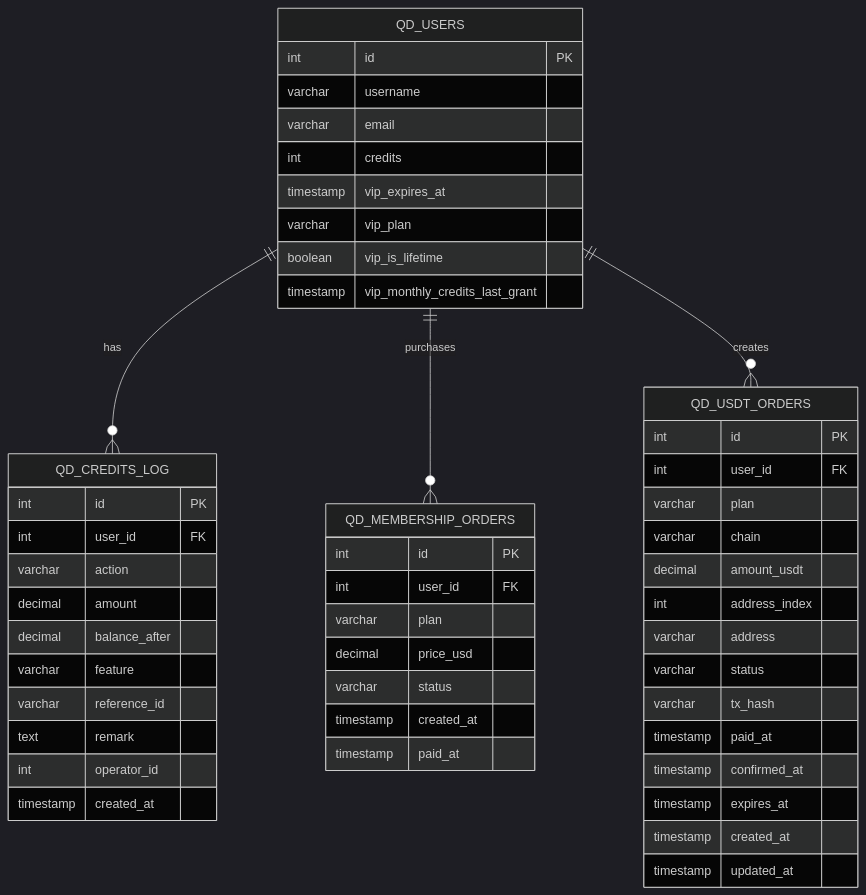
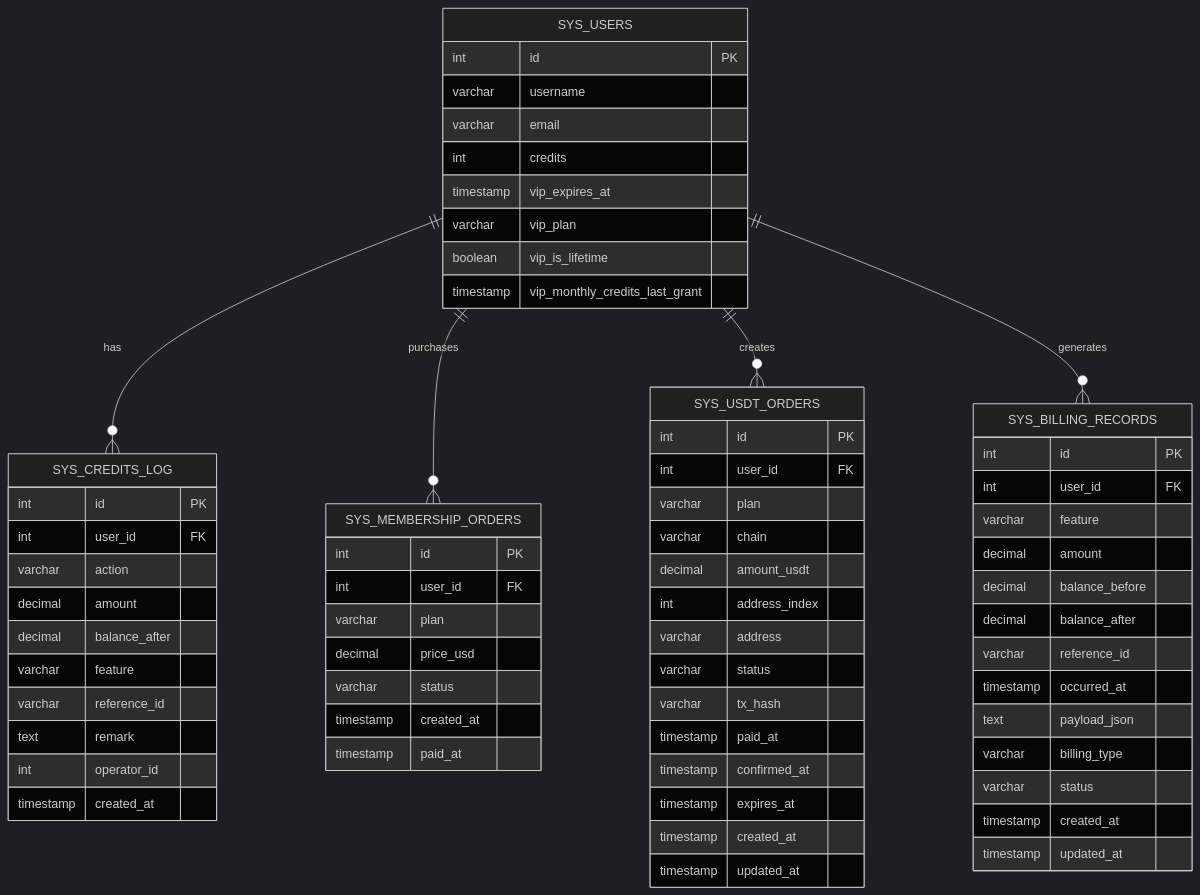
The seventh of 7 diagrams in .qoder/repowiki/zh/content/核心功能模块/用户管理与商业化/计费订阅系统.md (joezxh/QuantDinger), drawn with Mermaid (dark theme) before and after one commit. The commit also changed other lines of this file and 548 other files, not shown here.

````diff
--- a/.qoder/repowiki/zh/content/核心功能模块/用户管理与商业化/计费订阅系统.md
+++ b/.qoder/repowiki/zh/content/核心功能模块/用户管理与商业化/计费订阅系统.md
@@ -363,53 +464,69 @@
 ```mermaid
 erDiagram
-QD_USERS {
+SYS_USERS {
 int id PK
 varchar username
 varchar email
 int credits
 timestamp vip_expires_at
 varchar vip_plan
 boolean vip_is_lifetime
 timestamp vip_monthly_credits_last_grant
 }
-QD_CREDITS_LOG {
+SYS_CREDITS_LOG {
 int id PK
 int user_id FK
 varchar action
 decimal amount
 decimal balance_after
 varchar feature
 varchar reference_id
 text remark
 int operator_id
 timestamp created_at
 }
-QD_MEMBERSHIP_ORDERS {
+SYS_MEMBERSHIP_ORDERS {
 int id PK
 int user_id FK
 varchar plan
 decimal price_usd
 varchar status
 timestamp created_at
 timestamp paid_at
 }
-QD_USDT_ORDERS {
+SYS_USDT_ORDERS {
 int id PK
 int user_id FK
 varchar plan
 varchar chain
 decimal amount_usdt
 int address_index
 varchar address
 varchar status
 varchar tx_hash
 timestamp paid_at
 timestamp confirmed_at
 timestamp expires_at
 timestamp created_at
 timestamp updated_at
 }
-QD_USERS ||--o{ QD_CREDITS_LOG : "has"
-QD_USERS ||--o{ QD_MEMBERSHIP_ORDERS : "purchases"
-QD_USERS ||--o{ QD_USDT_ORDERS : "creates"
+SYS_BILLING_RECORDS {
+int id PK
+int user_id FK
+varchar feature
+decimal amount
+decimal balance_before
+decimal balance_after
+varchar reference_id
+timestamp occurred_at
+text payload_json
+varchar billing_type
+varchar status
+timestamp created_at
+timestamp updated_at
+}
+SYS_USERS ||--o{ SYS_CREDITS_LOG : "has"
+SYS_USERS ||--o{ SYS_MEMBERSHIP_ORDERS : "purchases"
+SYS_USERS ||--o{ SYS_USDT_ORDERS : "creates"
+SYS_USERS ||--o{ SYS_BILLING_RECORDS : "generates"
 ```
````
